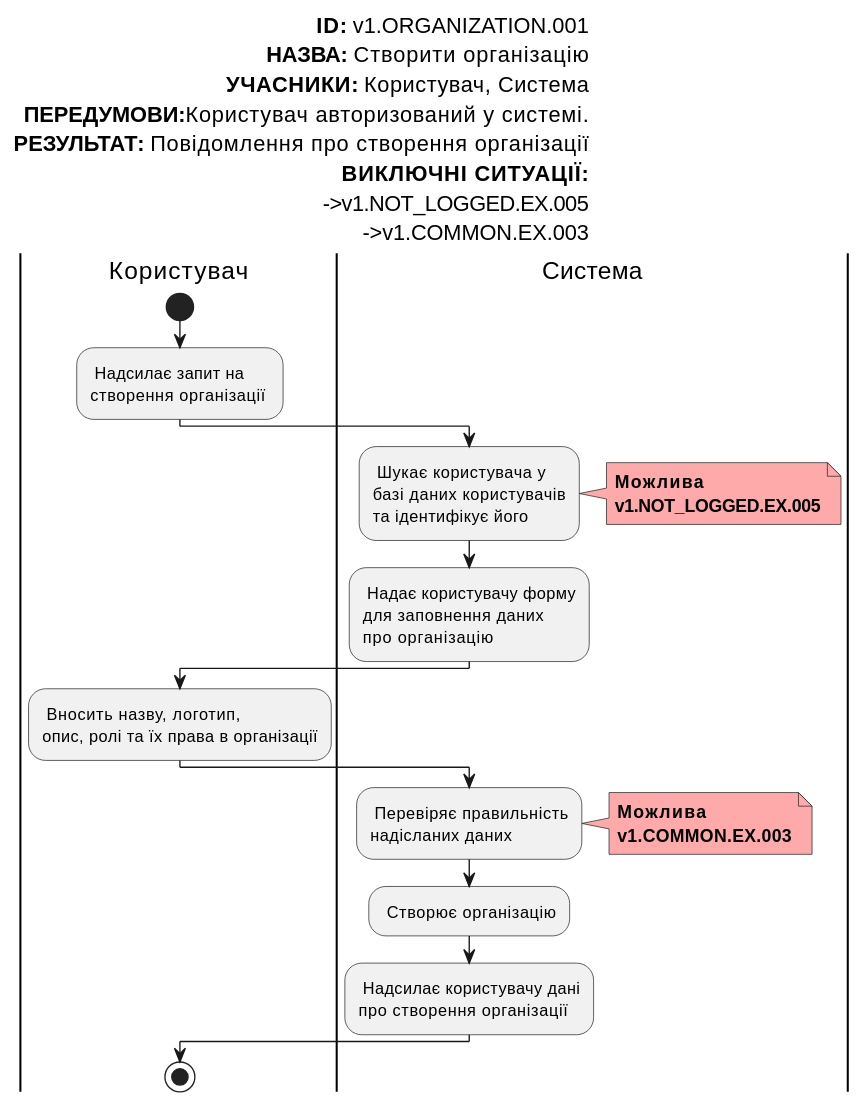
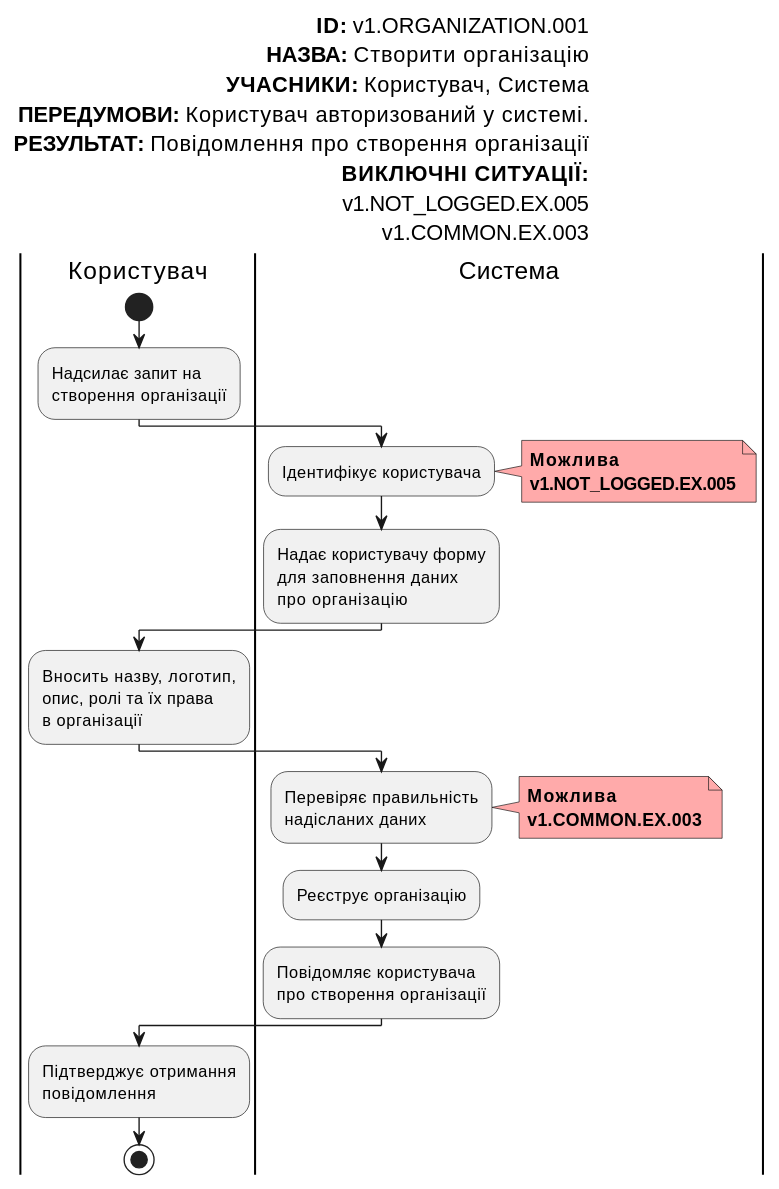
Before and after one commit to gurug-prog/survey-expert: the tenth of 23 diagrams in docs/use-cases/README.md, drawn with PlantUML. The commit also changed other lines of this file and 3 other files, not shown here.

Commit message:
Improve diagrams

```diff
--- a/docs/use-cases/README.md
+++ b/docs/use-cases/README.md
@@ -400,53 +414,57 @@
   @startuml
 
       left header
            <font color=000 size=16><b>ID:</b> v1.ORGANIZATION.001
            <font color=000 size=16><b>НАЗВА:</b> Створити організацію
            <font color=000 size=16><b>УЧАСНИКИ:</b> Користувач, Система
-           <font color=000 size=16><b>ПЕРЕДУМОВИ:</b>Користувач авторизований у системі.
+           <font color=000 size=16><b>ПЕРЕДУМОВИ:</b> Користувач авторизований у системі.
            <font color=000 size=16><b>РЕЗУЛЬТАТ:</b> Повідомлення про створення організації
            <font color=000 size=16><b>ВИКЛЮЧНІ СИТУАЦІЇ:</b>
-           <font color=000 size=16>->v1.NOT_LOGGED.EX.005
-           <font color=000 size=16>->v1.COMMON.EX.003
+           <font color=000 size=16>v1.NOT_LOGGED.EX.005
+           <font color=000 size=16>v1.COMMON.EX.003
        end header
 
        |Користувач|
            start
-           : Надсилає запит на
-           створення організації ;
+           :Надсилає запит на
+           створення організації;
 
        |Система|
-           : Шукає користувача у
-           базі даних користувачів
-           та ідентифікує його;
+           :Ідентифікує користувача;
 
            note right #ffaaaa
            <b>Можлива</b>
            <b>v1.NOT_LOGGED.EX.005</b>
            end note
 
-           : Надає користувачу форму
+           :Надає користувачу форму
            для заповнення даних
            про організацію;
 
        |Користувач|
-           : Вносить назву, логотип,
-           опис, ролі та їх права в організації;
+           :Вносить назву, логотип,
+           опис, ролі та їх права
+           в організації;
 
        |Система|
-           : Перевіряє правильність
+           :Перевіряє правильність
            надісланих даних;
 
            note right #ffaaaa
            <b>Можлива</b>
            <b>v1.COMMON.EX.003</b>
            end note
 
-           : Створює організацію;
+           :Реєструє організацію;
 
-           : Надсилає користувачу дані
+           :Повідомляє користувача
            про створення організації;
+
        |Користувач|
-           stop;
+
+            :Підтверджує отримання
+            повідомлення;
+
+            stop;
 
   @enduml
```
